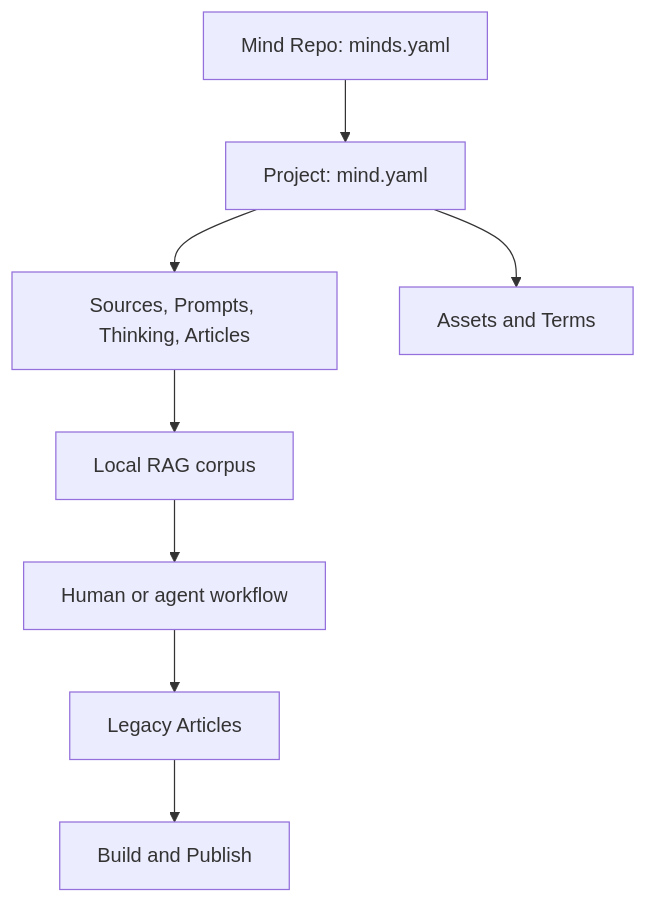
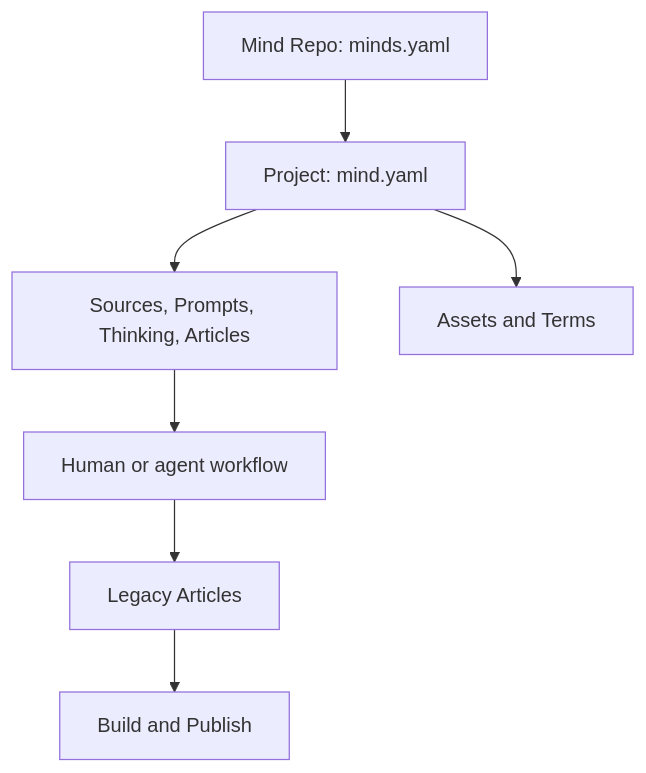
One commit to alswl/mind-forge changed the diagram in docs/guide/legacy-articles.md. Above: the diagram before and after it, drawn with Mermaid. The commit also changed other lines of this file and 122 other files, not shown here.

````diff
--- a/docs/guide/legacy-articles.md
+++ b/docs/guide/legacy-articles.md
@@ -55,10 +51,9 @@
 ```mermaid
 flowchart TD
   Repo[Mind Repo: minds.yaml] --> Project[Project: mind.yaml]
   Project --> Knowledge[Sources, Prompts, Thinking, Articles]
   Project --> Support[Assets and Terms]
-  Knowledge --> RAG[Local RAG corpus]
-  RAG --> Work[Human or agent workflow]
+  Knowledge --> Work[Human or agent workflow]
   Work --> Articles[Legacy Articles]
   Articles --> Build[Build and Publish]
 ```
````
